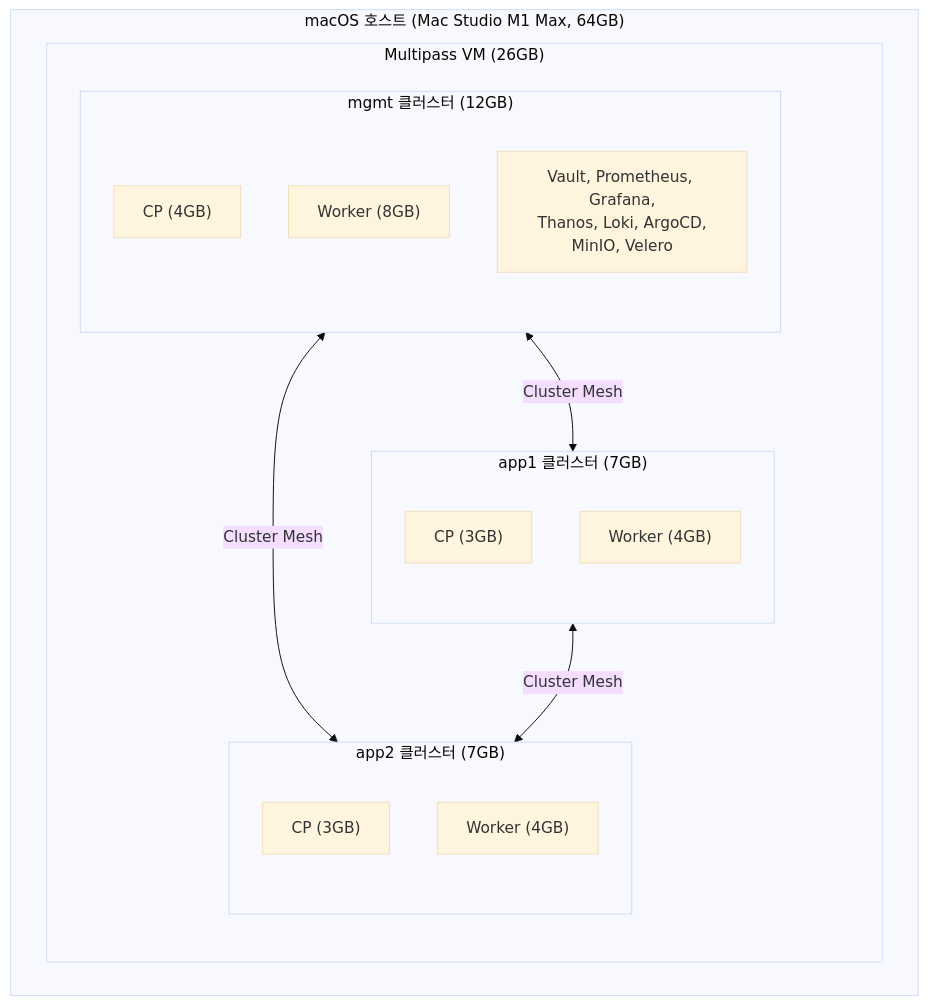
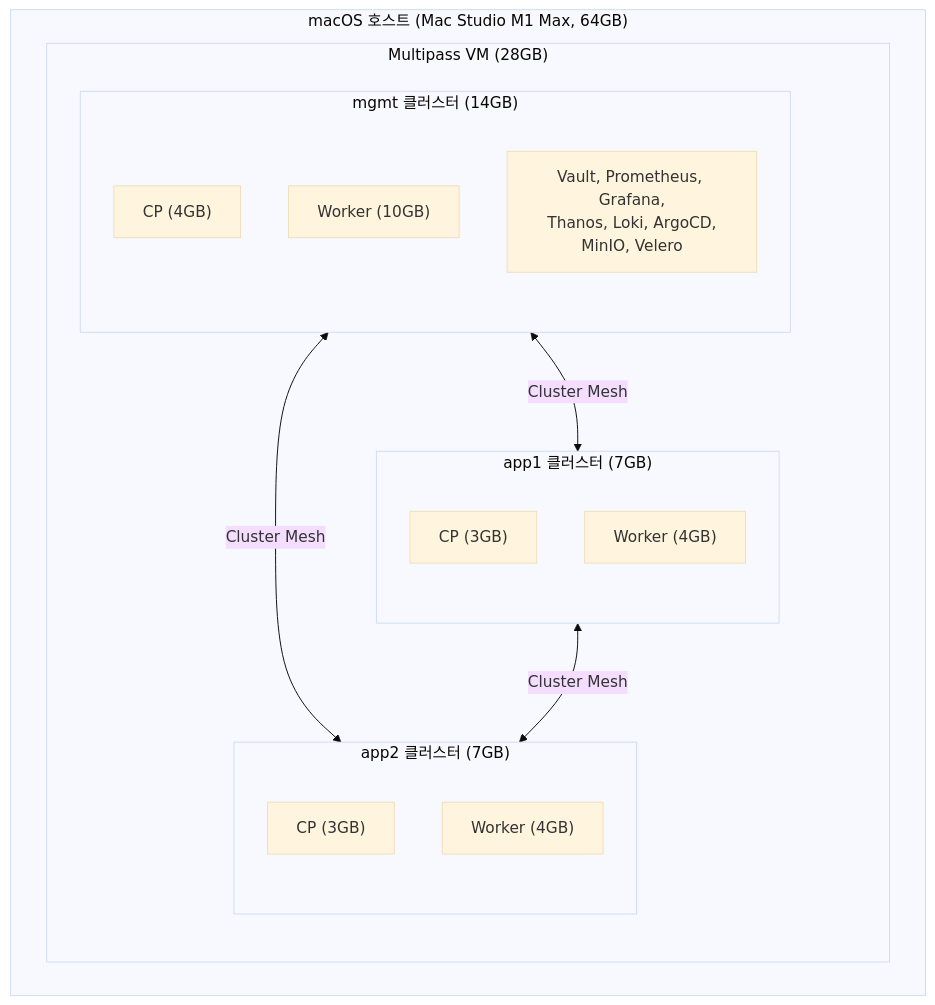
The first of 12 diagrams in document/on-premise/ARCHITECTURE.md (bocopile/mac-k8s-multipass-terraform), drawn with Mermaid (base theme) before and after one commit. The commit also changed other lines of this file and 1 other file, not shown here.

First line of the commit message:
fix: ARCHITECTURE.md와 실제 코드 간 14개 불일치 수정

````diff
--- a/document/on-premise/ARCHITECTURE.md
+++ b/document/on-premise/ARCHITECTURE.md
@@ -430,26 +430,26 @@
 ```mermaid
 flowchart TB
     subgraph Host["macOS 호스트 (Mac Studio M1 Max, 64GB)"]
-        subgraph Multipass["Multipass VM (26GB)"]
-            subgraph mgmt["mgmt 클러스터 (12GB)"]
+        subgraph Multipass["Multipass VM (28GB)"]
+            subgraph mgmt["mgmt 클러스터 (14GB)"]
                 mgmt-cp["CP (4GB)"]
-                mgmt-worker["Worker (8GB)"]
+                mgmt-worker["Worker (10GB)"]
                 mgmt-services["Vault, Prometheus, Grafana,<br/>Thanos, Loki, ArgoCD,<br/>MinIO, Velero"]
             end
 
             subgraph app1["app1 클러스터 (7GB)"]
                 app1-cp["CP (3GB)"]
                 app1-worker["Worker (4GB)"]
             end
 
             subgraph app2["app2 클러스터 (7GB)"]
                 app2-cp["CP (3GB)"]
                 app2-worker["Worker (4GB)"]
             end
         end
     end
 
     mgmt <-->|"Cluster Mesh"| app1
     mgmt <-->|"Cluster Mesh"| app2
     app1 <-->|"Cluster Mesh"| app2
 ```
````
